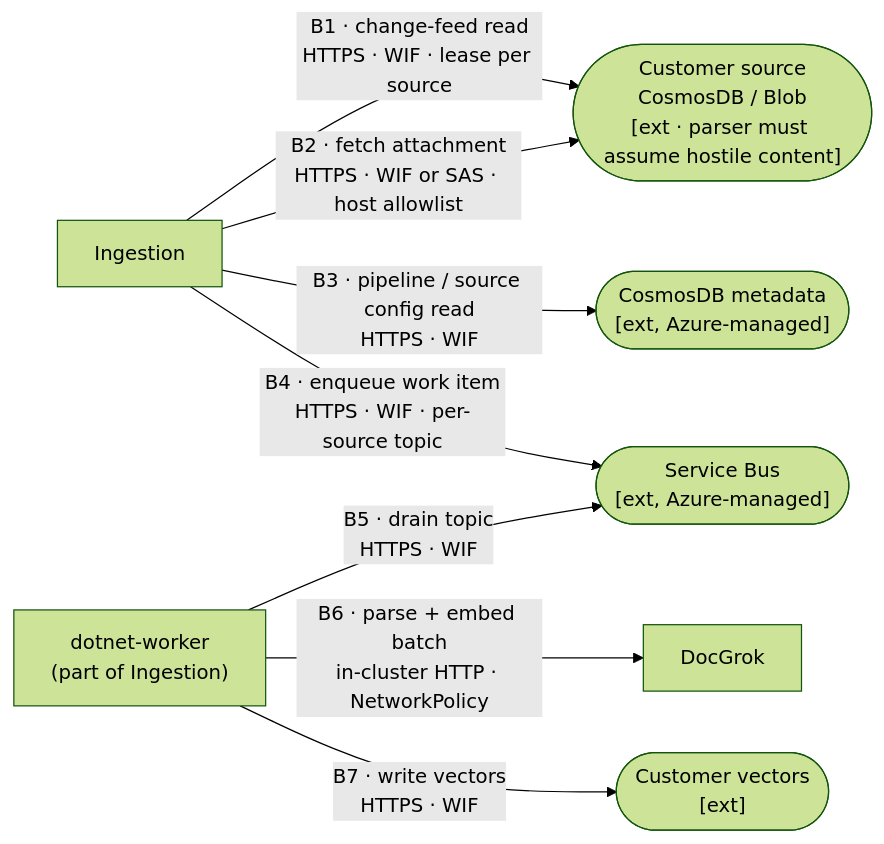
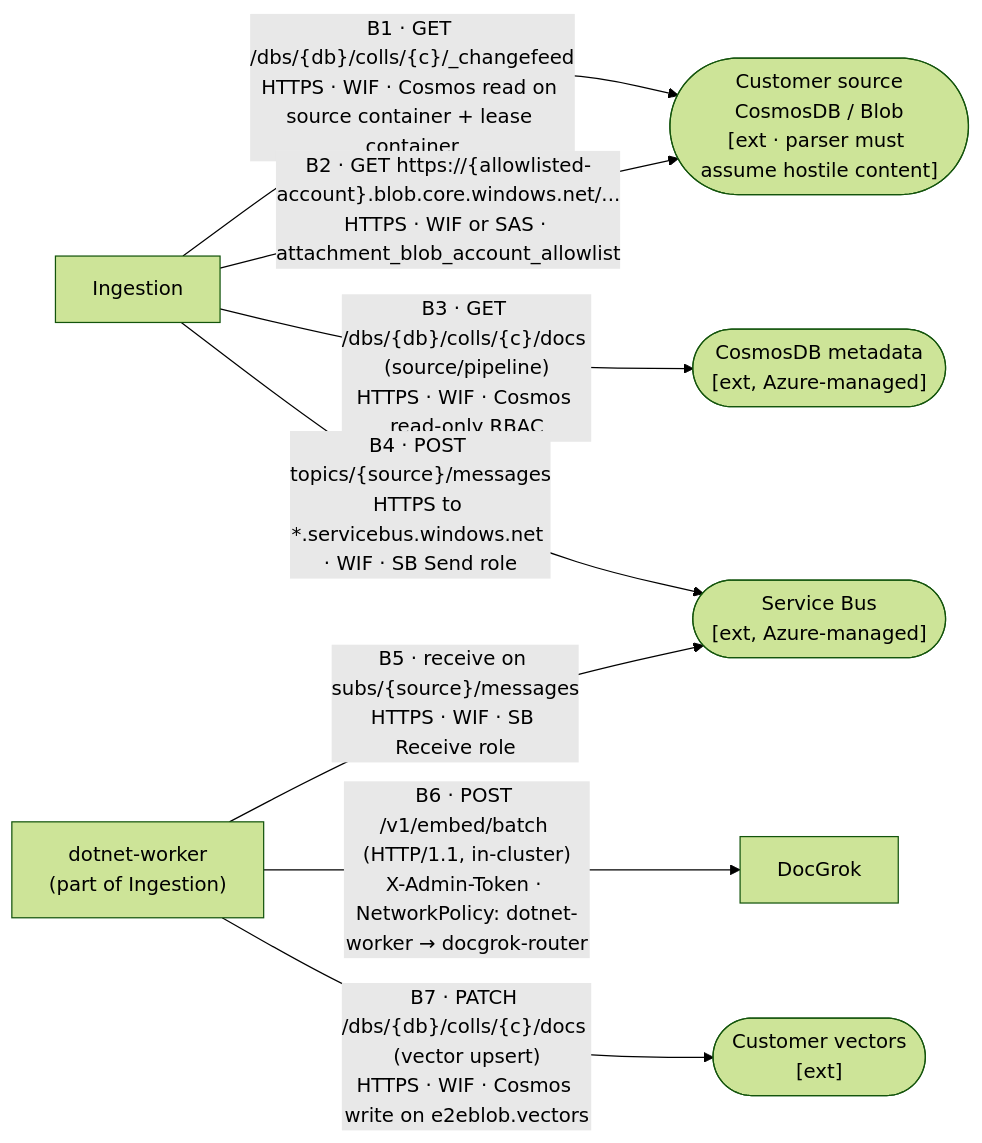
The third of 5 diagrams in docs/security/threat-model.md (AzureCosmosDB/OmniVec), drawn with Mermaid (forest theme) before and after one commit. The commit also changed other lines of this file and 2 other files, not shown here.

First line of the commit message:
security(threat-model): replace remaining vague flow labels (audit pass)

````diff
--- a/docs/security/threat-model.md
+++ b/docs/security/threat-model.md
@@ -163,18 +163,18 @@
 ```mermaid
 flowchart LR
   csrc(["Customer source<br/>CosmosDB / Blob<br/>[ext · parser must assume hostile content]"])
   ingest["Ingestion"]
   sb(["Service Bus<br/>[ext, Azure-managed]"])
   worker["dotnet-worker<br/>(part of Ingestion)"]
   docgrok["DocGrok"]
   cvec(["Customer vectors<br/>[ext]"])
   cmeta(["CosmosDB metadata<br/>[ext, Azure-managed]"])
 
-  ingest -->|"B1 · change-feed read<br/>HTTPS · WIF · lease per source"| csrc
-  ingest -->|"B2 · fetch attachment<br/>HTTPS · WIF or SAS · host allowlist"| csrc
-  ingest -->|"B3 · pipeline / source config read<br/>HTTPS · WIF"| cmeta
-  ingest -->|"B4 · enqueue work item<br/>HTTPS · WIF · per-source topic"| sb
-  worker -->|"B5 · drain topic<br/>HTTPS · WIF"| sb
-  worker -->|"B6 · parse + embed batch<br/>in-cluster HTTP · NetworkPolicy"| docgrok
-  worker -->|"B7 · write vectors<br/>HTTPS · WIF"| cvec
+  ingest -->|"B1 · GET /dbs/{db}/colls/{c}/_changefeed<br/>HTTPS · WIF · Cosmos read on source container + lease container"| csrc
+  ingest -->|"B2 · GET https://{allowlisted-account}.blob.core.windows.net/...<br/>HTTPS · WIF or SAS · attachment_blob_account_allowlist"| csrc
+  ingest -->|"B3 · GET /dbs/{db}/colls/{c}/docs (source/pipeline)<br/>HTTPS · WIF · Cosmos read-only RBAC"| cmeta
+  ingest -->|"B4 · POST topics/{source}/messages<br/>HTTPS to *.servicebus.windows.net · WIF · SB Send role"| sb
+  worker -->|"B5 · receive on subs/{source}/messages<br/>HTTPS · WIF · SB Receive role"| sb
+  worker -->|"B6 · POST /v1/embed/batch (HTTP/1.1, in-cluster)<br/>X-Admin-Token · NetworkPolicy: dotnet-worker → docgrok-router"| docgrok
+  worker -->|"B7 · PATCH /dbs/{db}/colls/{c}/docs (vector upsert)<br/>HTTPS · WIF · Cosmos write on e2eblob.vectors"| cvec
 ```
````
